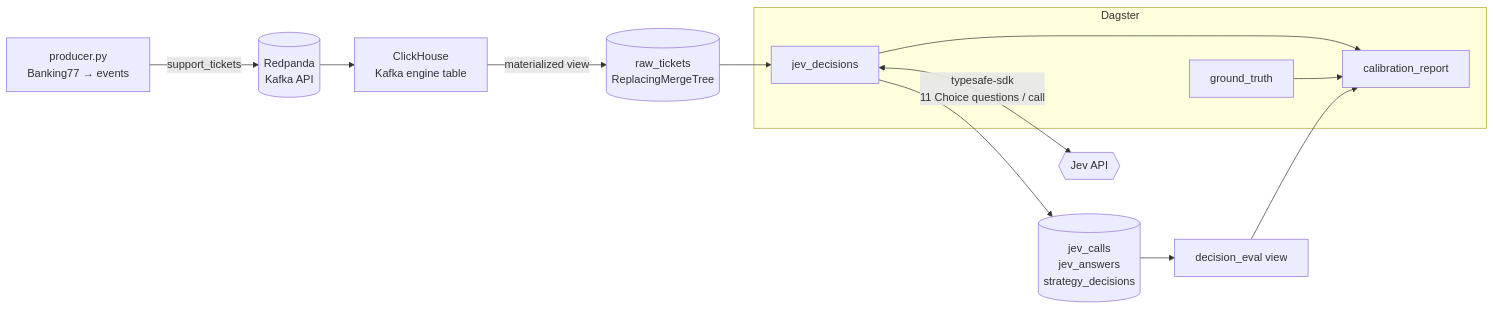
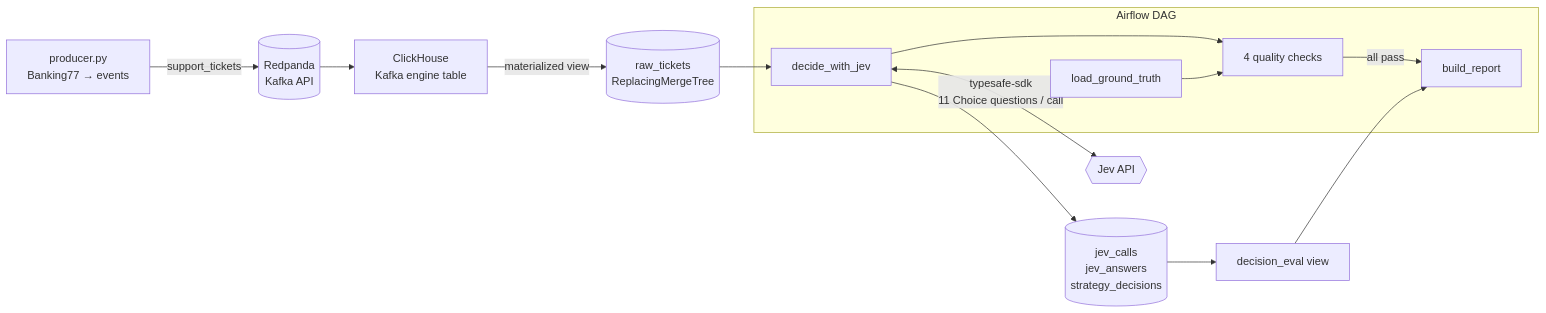
One commit to Jayu79/jev-decision-pipeline changed the diagram in README.md. Above: the diagram before and after it, drawn with Mermaid. The commit also changed other lines of this file and 10 other files, not shown here.

First line of the commit message:
Orchestrate with Airflow instead of Dagster

````diff
--- a/README.md
+++ b/README.md
@@ -36,14 +36,15 @@
 ```mermaid
 flowchart LR
     P[producer.py<br/>Banking77 → events] -->|support_tickets| K[(Redpanda<br/>Kafka API)]
     K --> Q[ClickHouse<br/>Kafka engine table]
     Q -->|materialized view| R[(raw_tickets<br/>ReplacingMergeTree)]
-    subgraph Dagster
-      D[jev_decisions] --> E[calibration_report]
-      G[ground_truth] --> E
+    subgraph Airflow DAG
+      D[decide_with_jev] --> C[4 quality checks]
+      G[load_ground_truth] --> C
+      C -->|all pass| E[build_report]
     end
     R --> D
     D <-->|typesafe-sdk<br/>11 Choice questions / call| J{{Jev API}}
     D --> A[(jev_calls<br/>jev_answers<br/>strategy_decisions)]
     A --> V[decision_eval view] --> E
 ```
````
